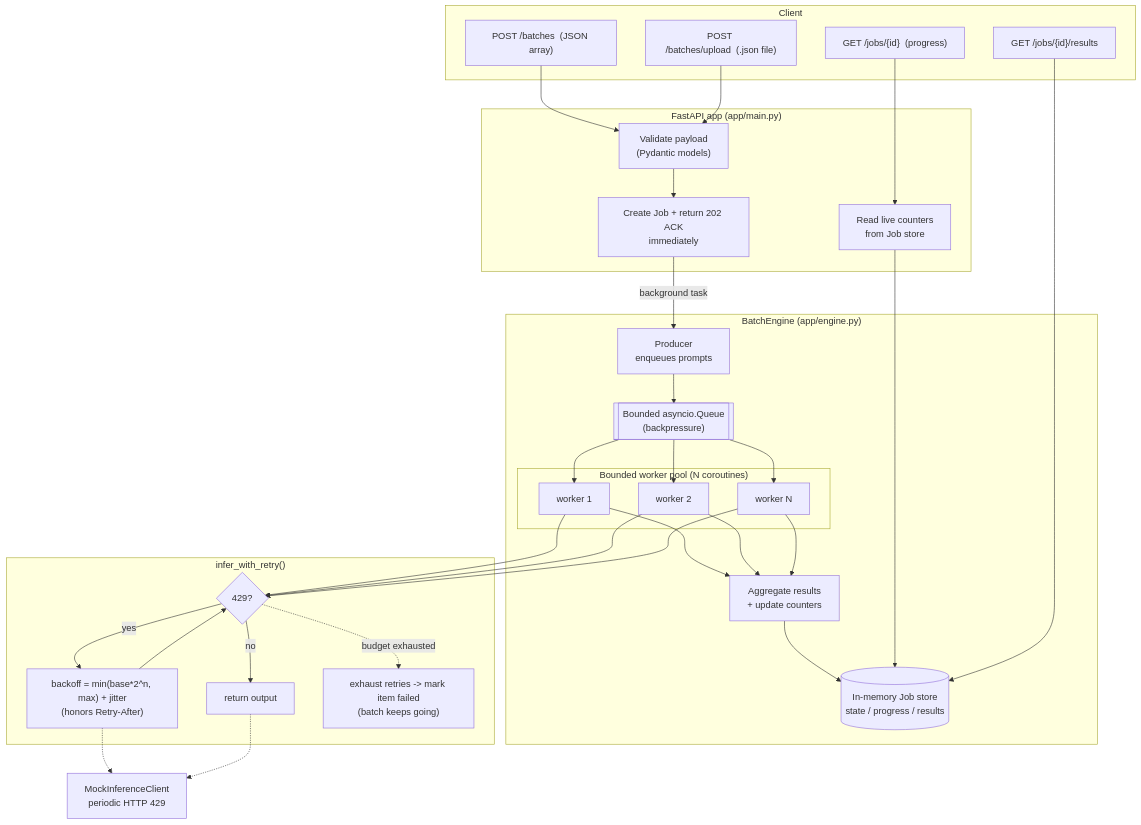
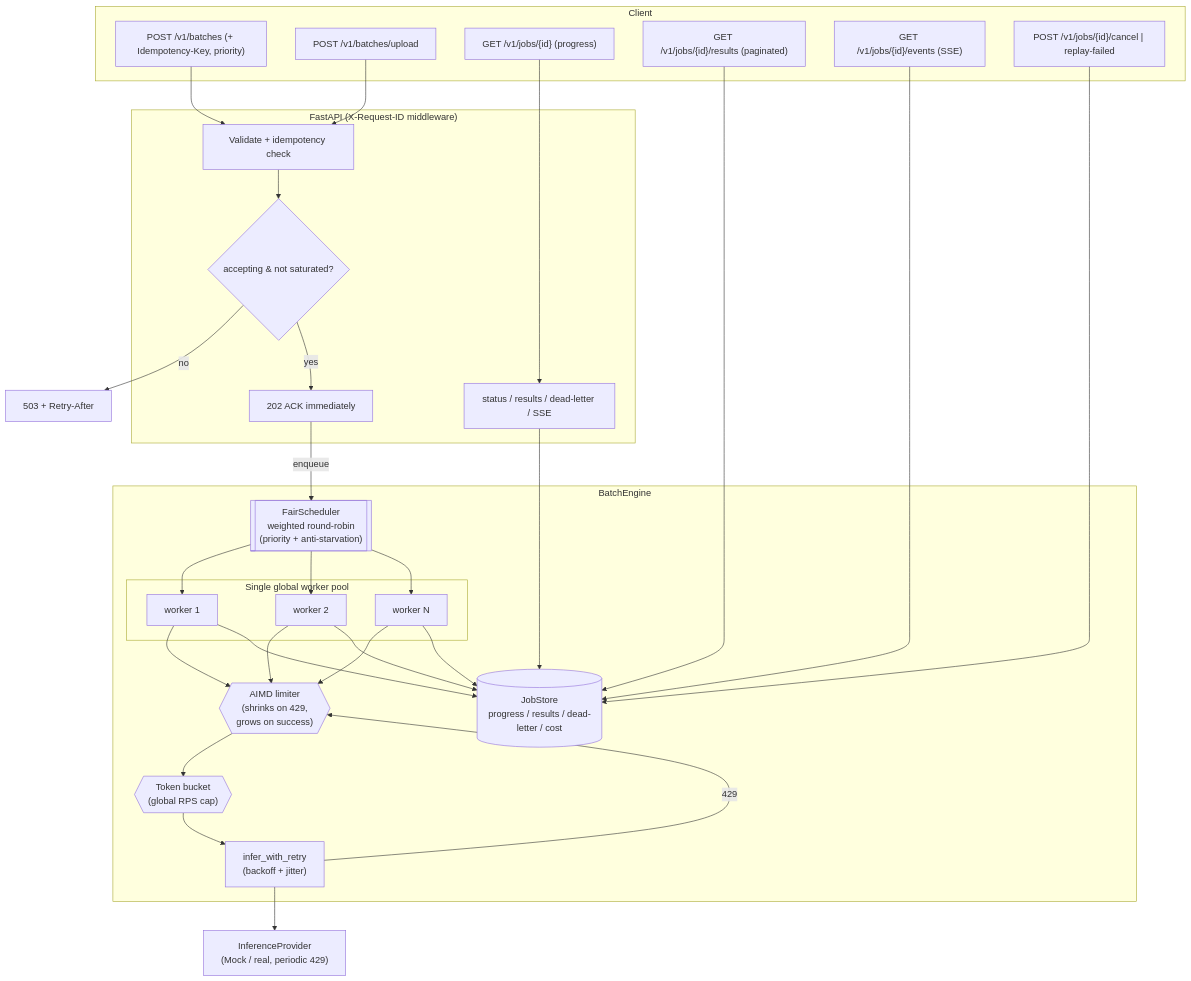
The diagram in docs/architecture.md (Badasshippo/batch-inference-engine), drawn with Mermaid before and after one commit. The commit also changed other lines of this file and 18 other files, not shown here.

````diff
--- a/docs/architecture.md
+++ b/docs/architecture.md
@@ -5,52 +5,47 @@
 ```mermaid
 flowchart TD
     subgraph Client
-        C1["POST /batches&nbsp;&nbsp;(JSON array)"]
-        C2["POST /batches/upload&nbsp;&nbsp;(.json file)"]
-        C3["GET /jobs/{id}&nbsp;&nbsp;(progress)"]
-        C4["GET /jobs/{id}/results"]
+        C1["POST /v1/batches&nbsp;(+ Idempotency-Key, priority)"]
+        C2["POST /v1/batches/upload"]
+        C3["GET /v1/jobs/{id}&nbsp;(progress)"]
+        C4["GET /v1/jobs/{id}/results&nbsp;(paginated)"]
+        C5["GET /v1/jobs/{id}/events&nbsp;(SSE)"]
+        C6["POST /v1/jobs/{id}/cancel | replay-failed"]
     end
 
-    subgraph API["FastAPI app (app/main.py)"]
-        H["Validate payload<br/>(Pydantic models)"]
-        ACK["Create Job + return 202 ACK<br/>immediately"]
-        STAT["Read live counters<br/>from Job store"]
+    subgraph API["FastAPI (X-Request-ID middleware)"]
+        H["Validate + idempotency check"]
+        ACK["202 ACK immediately"]
+        BP{"accepting & not saturated?"}
+        STAT["status / results / dead-letter / SSE"]
     end
 
-    subgraph Engine["BatchEngine (app/engine.py)"]
-        Q[["Bounded asyncio.Queue<br/>(backpressure)"]]
-        P["Producer<br/>enqueues prompts"]
-        subgraph Pool["Bounded worker pool (N coroutines)"]
+    subgraph Engine["BatchEngine"]
+        SCHED[["FairScheduler<br/>weighted round-robin<br/>(priority + anti-starvation)"]]
+        subgraph Pool["Single global worker pool"]
             W1["worker 1"]
             W2["worker 2"]
             WN["worker N"]
         end
-        AGG["Aggregate results<br/>+ update counters"]
-        STORE[("In-memory Job store<br/>state / progress / results")]
+        AIMD{{"AIMD limiter<br/>(shrinks on 429,<br/>grows on success)"}}
+        TB{{"Token bucket<br/>(global RPS cap)"}}
+        RETRY["infer_with_retry<br/>(backoff + jitter)"]
+        STORE[("JobStore<br/>progress / results / dead-letter / cost")]
     end
 
-    subgraph Retry["infer_with_retry()"]
-        R{"429?"}
-        BO["backoff = min(base*2^n, max) + jitter<br/>(honors Retry-After)"]
-        OK["return output"]
-        FAIL["exhaust retries -> mark item failed<br/>(batch keeps going)"]
-    end
+    PROV["InferenceProvider<br/>(Mock / real, periodic 429)"]
 
-    MOCK["MockInferenceClient<br/>periodic HTTP 429"]
-
-    C1 --> H
+    C1 --> H --> BP
     C2 --> H
-    H --> ACK
-    ACK -->|"background task"| P
-    P --> Q
-    Q --> W1 & W2 & WN
-    W1 & W2 & WN --> R
-    R -->|yes| BO --> R
-    R -->|no| OK
-    R -.->|budget exhausted| FAIL
-    BO -.-> MOCK
-    OK -.-> MOCK
-    W1 & W2 & WN --> AGG --> STORE
+    BP -->|no| R503["503 + Retry-After"]
+    BP -->|yes| ACK
+    ACK -->|enqueue| SCHED
+    SCHED --> W1 & W2 & WN
+    W1 & W2 & WN --> AIMD --> TB --> RETRY --> PROV
+    RETRY -->|429| AIMD
+    W1 & W2 & WN --> STORE
     C3 --> STAT --> STORE
     C4 --> STORE
+    C5 --> STORE
+    C6 --> STORE
 ```
````
